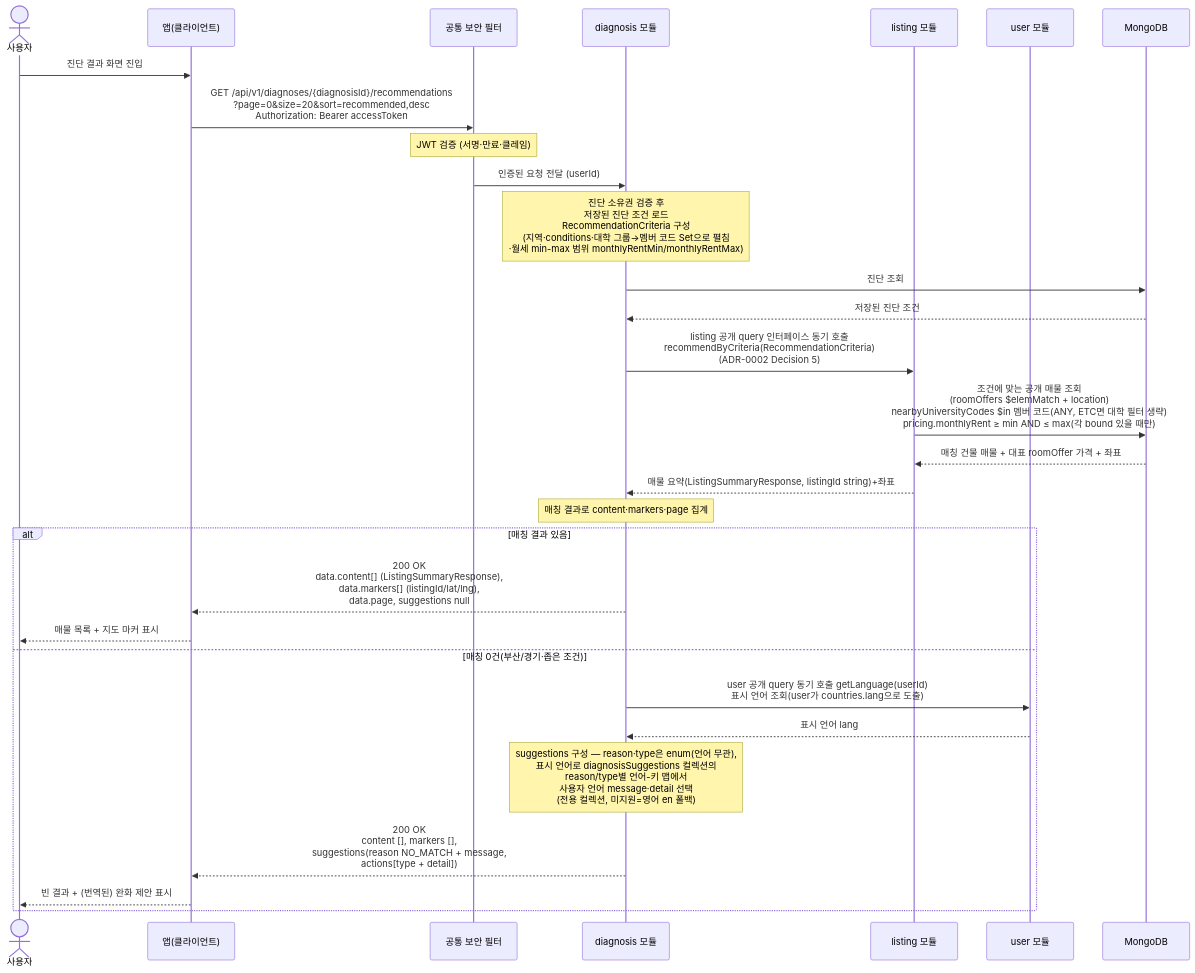
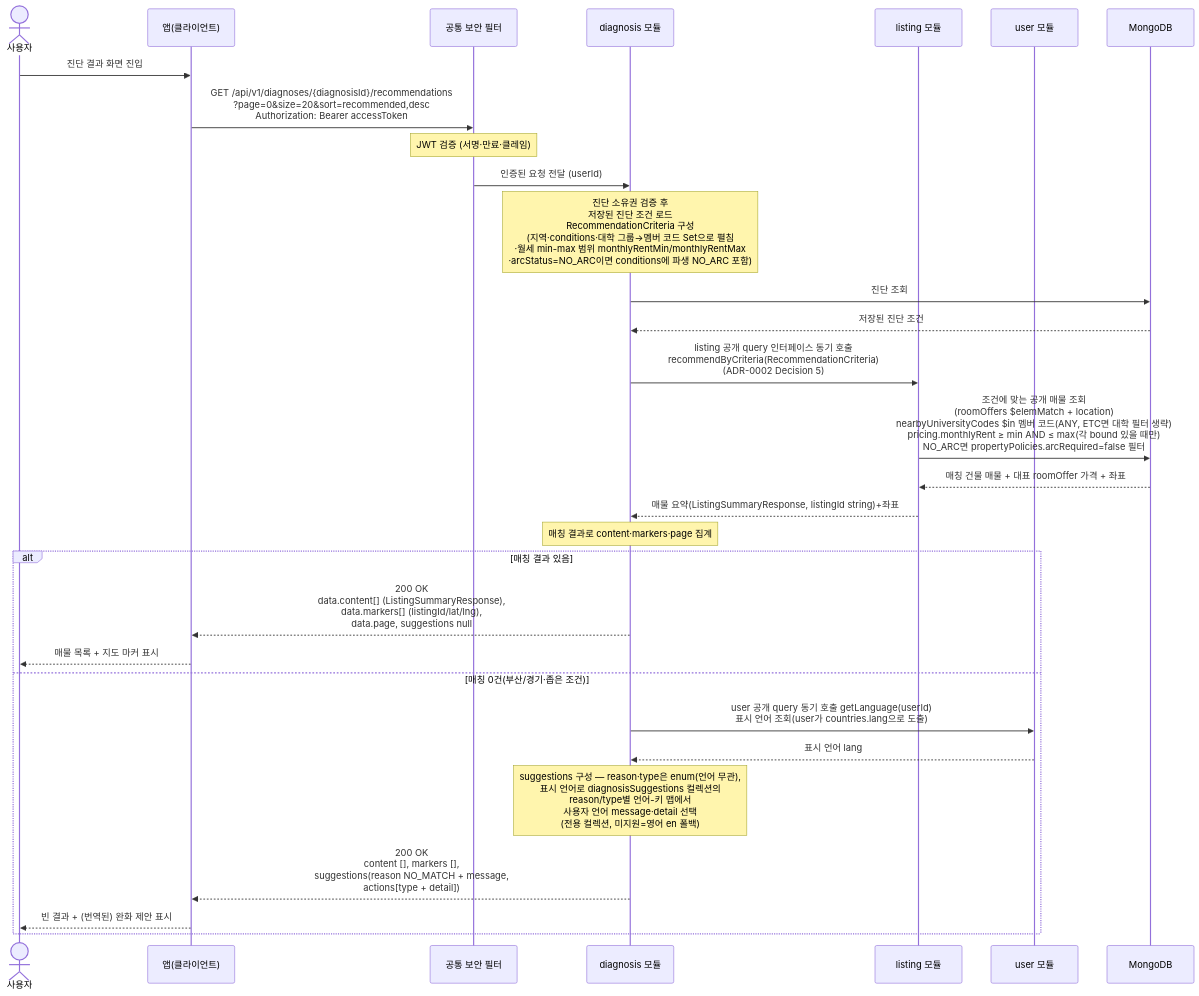
One commit to jameskim9509/Kohere-backend changed the diagram in docs/architecture/sequence-diagrams/02-diagnosis-recommendation/us-2-2-recommendations.md. Above: the diagram before and after it, drawn with Mermaid. The commit also changed other lines of this file and 17 other files, not shown here.

````diff
--- a/docs/architecture/sequence-diagrams/02-diagnosis-recommendation/us-2-2-recommendations.md
+++ b/docs/architecture/sequence-diagrams/02-diagnosis-recommendation/us-2-2-recommendations.md
@@ -5,33 +5,33 @@
 ```mermaid
 sequenceDiagram
     actor U as 사용자
     participant C as 앱(클라이언트)
     participant SEC as 공통 보안 필터
     participant DIAG as diagnosis 모듈
     participant LIST as listing 모듈
     participant USER as user 모듈
     participant DB as MongoDB
 
     U->>C: 진단 결과 화면 진입
     C->>SEC: GET /api/v1/diagnoses/{diagnosisId}/recommendations<br/>?page=0&size=20&sort=recommended,desc<br/>Authorization: Bearer accessToken
     Note over SEC: JWT 검증 (서명·만료·클레임)
     SEC->>DIAG: 인증된 요청 전달 (userId)
-    Note over DIAG: 진단 소유권 검증 후<br/>저장된 진단 조건 로드<br/>RecommendationCriteria 구성<br/>(지역·conditions·대학 그룹→멤버 코드 Set으로 펼침<br/>·월세 min-max 범위 monthlyRentMin/monthlyRentMax)
+    Note over DIAG: 진단 소유권 검증 후<br/>저장된 진단 조건 로드<br/>RecommendationCriteria 구성<br/>(지역·conditions·대학 그룹→멤버 코드 Set으로 펼침<br/>·월세 min-max 범위 monthlyRentMin/monthlyRentMax<br/>·arcStatus=NO_ARC이면 conditions에 파생 NO_ARC 포함)
     DIAG->>DB: 진단 조회
     DB-->>DIAG: 저장된 진단 조건
     DIAG->>LIST: listing 공개 query 인터페이스 동기 호출<br/>recommendByCriteria(RecommendationCriteria)<br/>(ADR-0002 Decision 5)
-    LIST->>DB: 조건에 맞는 공개 매물 조회<br/>(roomOffers $elemMatch + location)<br/>nearbyUniversityCodes $in 멤버 코드(ANY, ETC면 대학 필터 생략)<br/>pricing.monthlyRent ≥ min AND ≤ max(각 bound 있을 때만)
+    LIST->>DB: 조건에 맞는 공개 매물 조회<br/>(roomOffers $elemMatch + location)<br/>nearbyUniversityCodes $in 멤버 코드(ANY, ETC면 대학 필터 생략)<br/>pricing.monthlyRent ≥ min AND ≤ max(각 bound 있을 때만)<br/>NO_ARC면 propertyPolicies.arcRequired=false 필터
     DB-->>LIST: 매칭 건물 매물 + 대표 roomOffer 가격 + 좌표
     LIST-->>DIAG: 매물 요약(ListingSummaryResponse, listingId string)+좌표
     Note over DIAG: 매칭 결과로 content·markers·page 집계
     alt 매칭 결과 있음
         DIAG-->>C: 200 OK<br/>data.content[] (ListingSummaryResponse),<br/>data.markers[] (listingId/lat/lng),<br/>data.page, suggestions null
         C-->>U: 매물 목록 + 지도 마커 표시
     else 매칭 0건(부산/경기·좁은 조건)
         DIAG->>USER: user 공개 query 동기 호출 getLanguage(userId)<br/>표시 언어 조회(user가 countries.lang으로 도출)
         USER-->>DIAG: 표시 언어 lang
         Note over DIAG: suggestions 구성 — reason·type은 enum(언어 무관),<br/>표시 언어로 diagnosisSuggestions 컬렉션의<br/>reason/type별 언어-키 맵에서<br/>사용자 언어 message·detail 선택<br/>(전용 컬렉션, 미지원=영어 en 폴백)
         DIAG-->>C: 200 OK<br/>content [], markers [],<br/>suggestions(reason NO_MATCH + message,<br/>actions[type + detail])
         C-->>U: 빈 결과 + (번역된) 완화 제안 표시
     end
 ```
````
